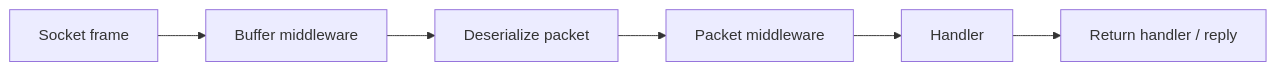
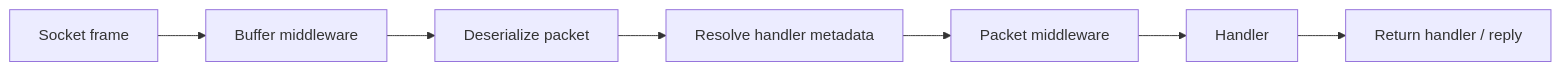
The first of 2 diagrams in docs/concepts/middleware.md (ppn-systems/Nalix), drawn with Mermaid before and after one commit. The commit also changed other lines of this file and 75 other files, not shown here.

````diff
--- a/docs/concepts/middleware.md
+++ b/docs/concepts/middleware.md
@@ -16,8 +9,9 @@
 ```mermaid
 flowchart LR
     A["Socket frame"] --> B["Buffer middleware"]
     B --> C["Deserialize packet"]
-    C --> D["Packet middleware"]
-    D --> E["Handler"]
-    E --> F["Return handler / reply"]
+    C --> D["Resolve handler metadata"]
+    D --> E["Packet middleware"]
+    E --> F["Handler"]
+    F --> G["Return handler / reply"]
 ```
````
